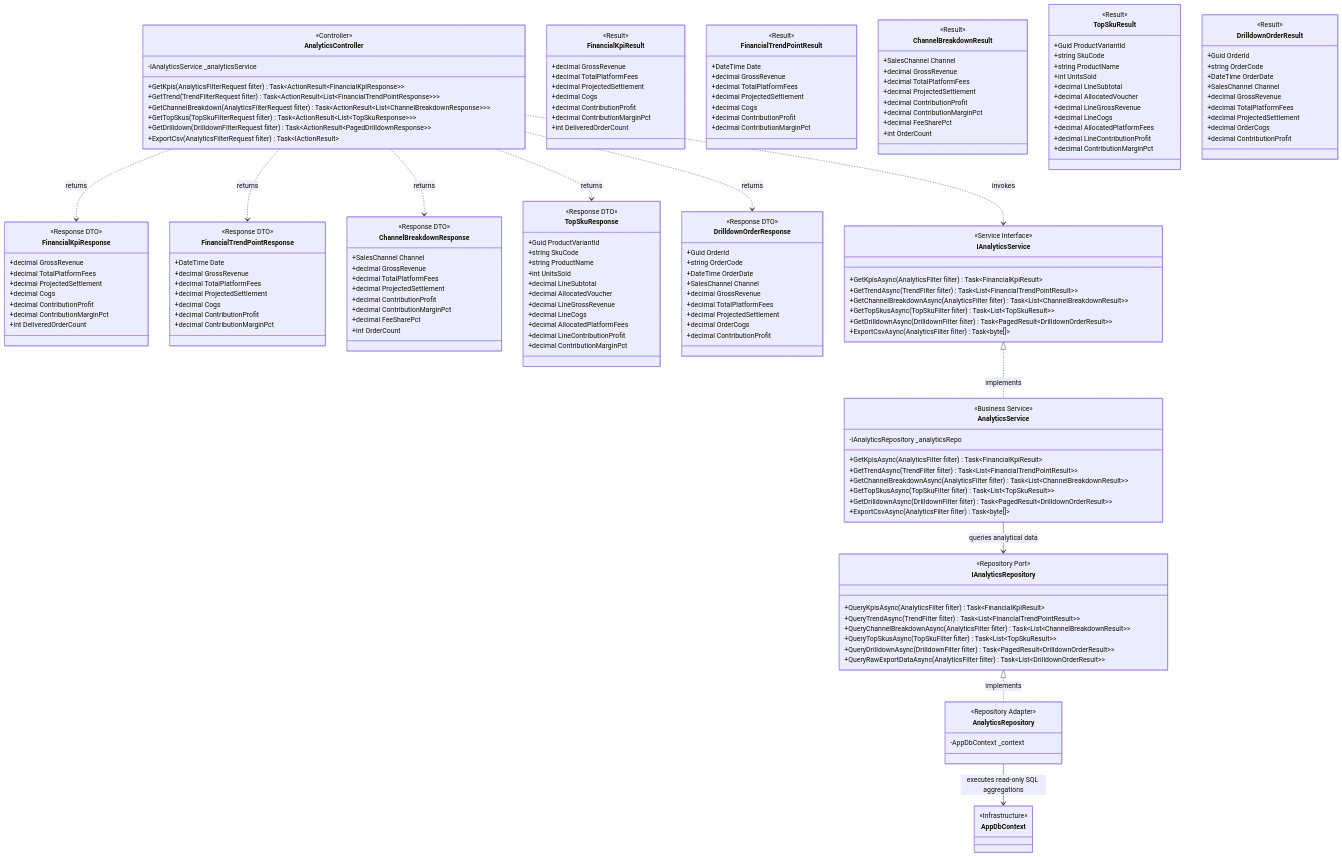
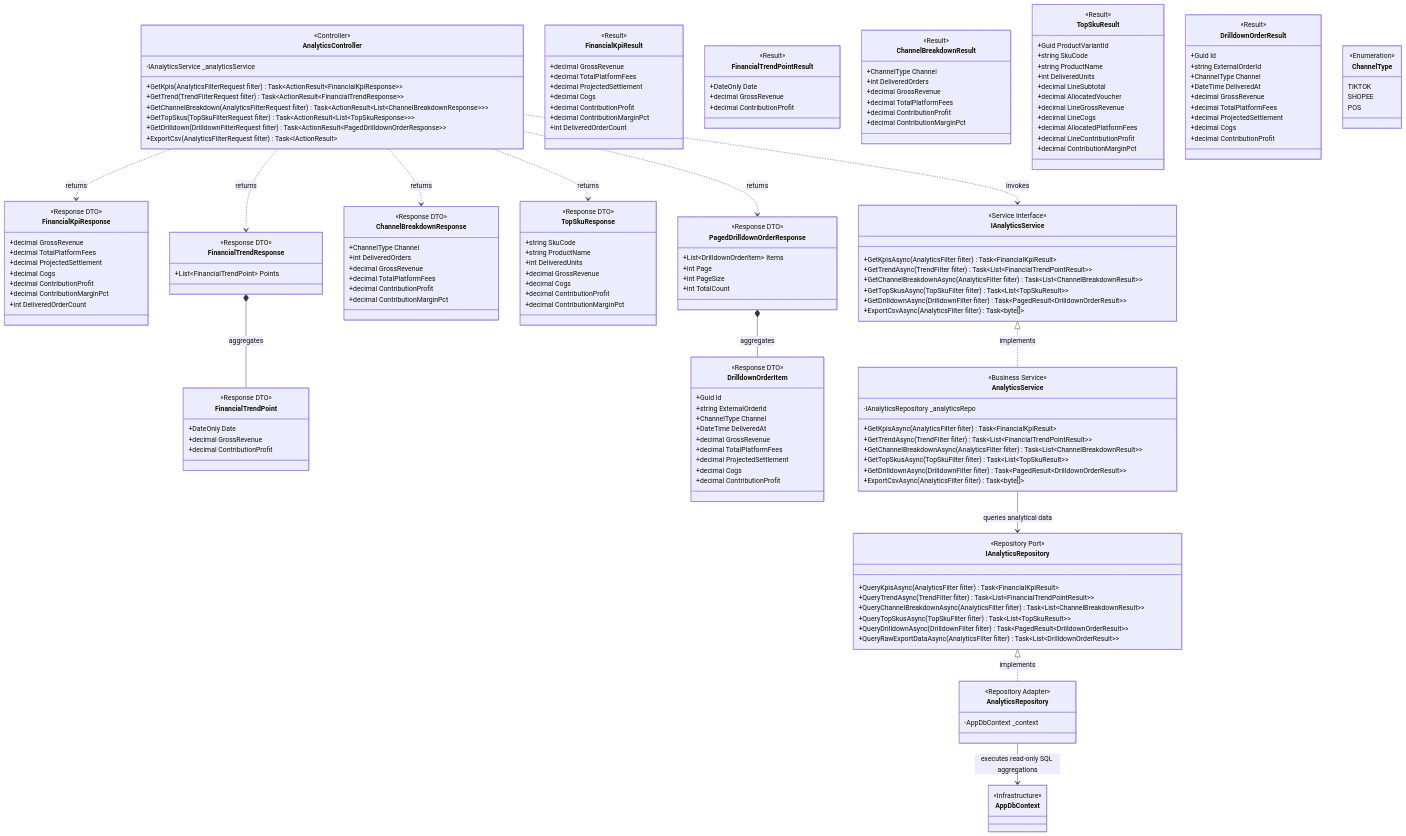
Before and after one commit to duchoa0405/Quanly_DoanhThu_LoiNhuan_DangDucHoa_VSF: the diagram in docs/architecture/class_diagram_analytics_en.md, drawn with Mermaid. The commit also changed other lines of this file and 5 other files, not shown here.

Commit message:
docs: align class diagrams with canonical contracts

```diff
--- a/docs/architecture/class_diagram_analytics_en.md
+++ b/docs/architecture/class_diagram_analytics_en.md
@@ -41,10 +41,10 @@
         <<Controller>>
         -IAnalyticsService _analyticsService
         +GetKpis(AnalyticsFilterRequest filter) Task~ActionResult~FinancialKpiResponse~~
-        +GetTrend(TrendFilterRequest filter) Task~ActionResult~List~FinancialTrendPointResponse~~~
+        +GetTrend(TrendFilterRequest filter) Task~ActionResult~FinancialTrendResponse~~
         +GetChannelBreakdown(AnalyticsFilterRequest filter) Task~ActionResult~List~ChannelBreakdownResponse~~~
         +GetTopSkus(TopSkuFilterRequest filter) Task~ActionResult~List~TopSkuResponse~~~
-        +GetDrilldown(DrilldownFilterRequest filter) Task~ActionResult~PagedDrilldownResponse~~
+        +GetDrilldown(DrilldownFilterRequest filter) Task~ActionResult~PagedDrilldownOrderResponse~~
         +ExportCsv(AnalyticsFilterRequest filter) Task~IActionResult~
     }
 
@@ -59,54 +59,57 @@
         +int DeliveredOrderCount
     }
 
-    class FinancialTrendPointResponse {
+    class FinancialTrendResponse {
         <<Response DTO>>
-        +DateTime Date
+        +List~FinancialTrendPoint~ Points
+    }
+
+    class FinancialTrendPoint {
+        <<Response DTO>>
+        +DateOnly Date
+        +decimal GrossRevenue
+        +decimal ContributionProfit
+    }
+
+    class ChannelBreakdownResponse {
+        <<Response DTO>>
+        +ChannelType Channel
+        +int DeliveredOrders
         +decimal GrossRevenue
         +decimal TotalPlatformFees
-        +decimal ProjectedSettlement
+        +decimal ContributionProfit
+        +decimal ContributionMarginPct
+    }
+
+    class TopSkuResponse {
+        <<Response DTO>>
+        +string SkuCode
+        +string ProductName
+        +int DeliveredUnits
+        +decimal GrossRevenue
         +decimal Cogs
         +decimal ContributionProfit
         +decimal ContributionMarginPct
     }
 
-    class ChannelBreakdownResponse {
+    class PagedDrilldownOrderResponse {
         <<Response DTO>>
-        +SalesChannel Channel
+        +List~DrilldownOrderItem~ Items
+        +int Page
+        +int PageSize
+        +int TotalCount
+    }
+
+    class DrilldownOrderItem {
+        <<Response DTO>>
+        +Guid Id
+        +string ExternalOrderId
+        +ChannelType Channel
+        +DateTime DeliveredAt
         +decimal GrossRevenue
         +decimal TotalPlatformFees
         +decimal ProjectedSettlement
-        +decimal ContributionProfit
-        +decimal ContributionMarginPct
-        +decimal FeeSharePct
-        +int OrderCount
-    }
-
-    class TopSkuResponse {
-        <<Response DTO>>
-        +Guid ProductVariantId
-        +string SkuCode
-        +string ProductName
-        +int UnitsSold
-        +decimal LineSubtotal
-        +decimal AllocatedVoucher
-        +decimal LineGrossRevenue
-        +decimal LineCogs
-        +decimal AllocatedPlatformFees
-        +decimal LineContributionProfit
-        +decimal ContributionMarginPct
-    }
-
-    class DrilldownOrderResponse {
-        <<Response DTO>>
-        +Guid OrderId
-        +string OrderCode
-        +DateTime OrderDate
-        +SalesChannel Channel
-        +decimal GrossRevenue
-        +decimal TotalPlatformFees
-        +decimal ProjectedSettlement
-        +decimal OrderCogs
+        +decimal Cogs
         +decimal ContributionProfit
     }
 
@@ -124,25 +127,19 @@
 
     class FinancialTrendPointResult {
         <<Result>>
-        +DateTime Date
+        +DateOnly Date
         +decimal GrossRevenue
-        +decimal TotalPlatformFees
-        +decimal ProjectedSettlement
-        +decimal Cogs
         +decimal ContributionProfit
-        +decimal ContributionMarginPct
     }
 
     class ChannelBreakdownResult {
         <<Result>>
-        +SalesChannel Channel
+        +ChannelType Channel
+        +int DeliveredOrders
         +decimal GrossRevenue
         +decimal TotalPlatformFees
-        +decimal ProjectedSettlement
         +decimal ContributionProfit
         +decimal ContributionMarginPct
-        +decimal FeeSharePct
-        +int OrderCount
     }
 
     class TopSkuResult {
@@ -150,7 +147,7 @@
         +Guid ProductVariantId
         +string SkuCode
         +string ProductName
-        +int UnitsSold
+        +int DeliveredUnits
         +decimal LineSubtotal
         +decimal AllocatedVoucher
         +decimal LineGrossRevenue
@@ -162,15 +159,22 @@
 
     class DrilldownOrderResult {
         <<Result>>
-        +Guid OrderId
-        +string OrderCode
-        +DateTime OrderDate
-        +SalesChannel Channel
+        +Guid Id
+        +string ExternalOrderId
+        +ChannelType Channel
+        +DateTime DeliveredAt
         +decimal GrossRevenue
         +decimal TotalPlatformFees
         +decimal ProjectedSettlement
-        +decimal OrderCogs
+        +decimal Cogs
         +decimal ContributionProfit
+    }
+
+    class ChannelType {
+        <<Enumeration>>
+        TIKTOK
+        SHOPEE
+        POS
     }
 
     %% Service Contracts
@@ -219,10 +223,12 @@
     %% Relationships
     AnalyticsController ..> IAnalyticsService : invokes
     AnalyticsController ..> FinancialKpiResponse : returns
-    AnalyticsController ..> FinancialTrendPointResponse : returns
+    AnalyticsController ..> FinancialTrendResponse : returns
+    FinancialTrendResponse *-- FinancialTrendPoint : aggregates
     AnalyticsController ..> ChannelBreakdownResponse : returns
     AnalyticsController ..> TopSkuResponse : returns
-    AnalyticsController ..> DrilldownOrderResponse : returns
+    AnalyticsController ..> PagedDrilldownOrderResponse : returns
+    PagedDrilldownOrderResponse *-- DrilldownOrderItem : aggregates
 
     IAnalyticsService <|.. AnalyticsService : implements
     AnalyticsService --> IAnalyticsRepository : queries analytical data
```
